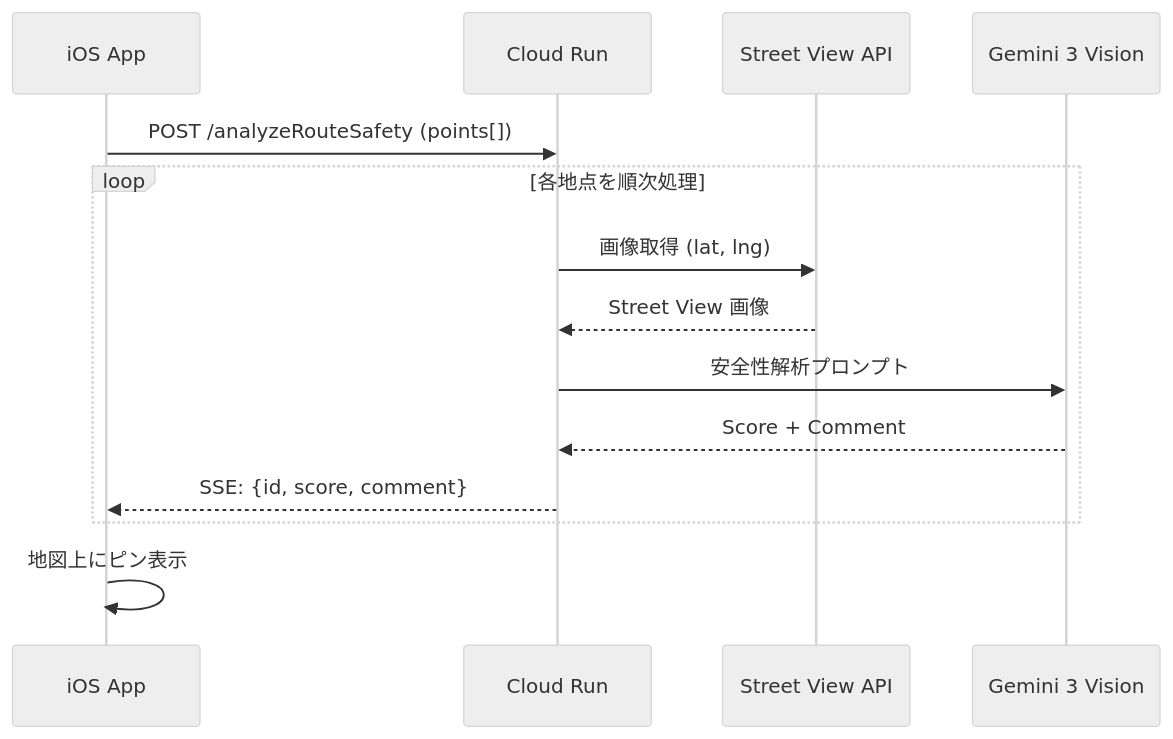
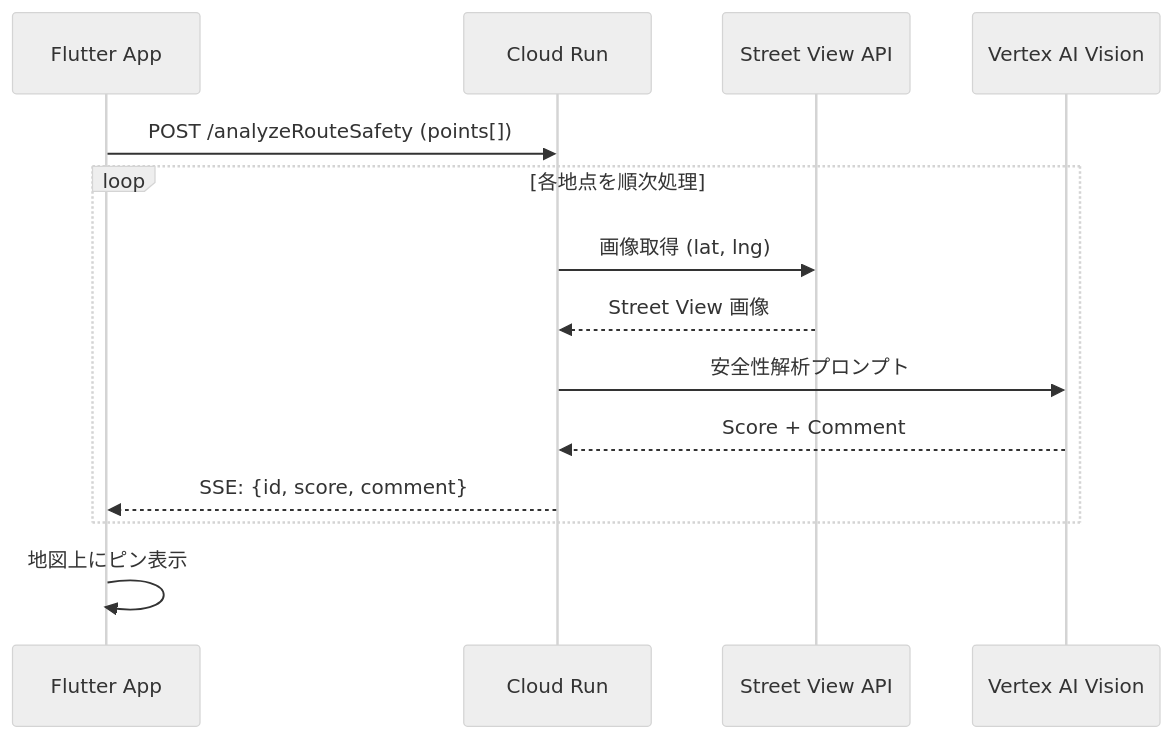
The sixth of 6 diagrams in Docs/確定/05_詳細設計書.md (Ryg-appdev/safe-routing-ai-navigation), drawn with Mermaid (neutral theme) before and after one commit. The commit also changed other lines of this file and 12 other files, not shown here.

Commit message:
docs: 全ドキュメントの整合性を修正（Flutter/Vertex AI/ADK統一）

````diff
--- a/Docs/確定/05_詳細設計書.md
+++ b/Docs/確定/05_詳細設計書.md
@@ -138,17 +138,17 @@
 ```mermaid
 sequenceDiagram
-    participant iOS as iOS App
+    participant App as Flutter App
     participant CR as Cloud Run
     participant SV as Street View API
-    participant G3 as Gemini 3 Vision
+    participant G3 as Vertex AI Vision
 
-    iOS->>CR: POST /analyzeRouteSafety (points[])
+    App->>CR: POST /analyzeRouteSafety (points[])
     loop 各地点を順次処理
         CR->>SV: 画像取得 (lat, lng)
         SV-->>CR: Street View 画像
         CR->>G3: 安全性解析プロンプト
         G3-->>CR: Score + Comment
-        CR-->>iOS: SSE: {id, score, comment}
+        CR-->>App: SSE: {id, score, comment}
     end
-    iOS->>iOS: 地図上にピン表示
+    App->>App: 地図上にピン表示
 ```
````
